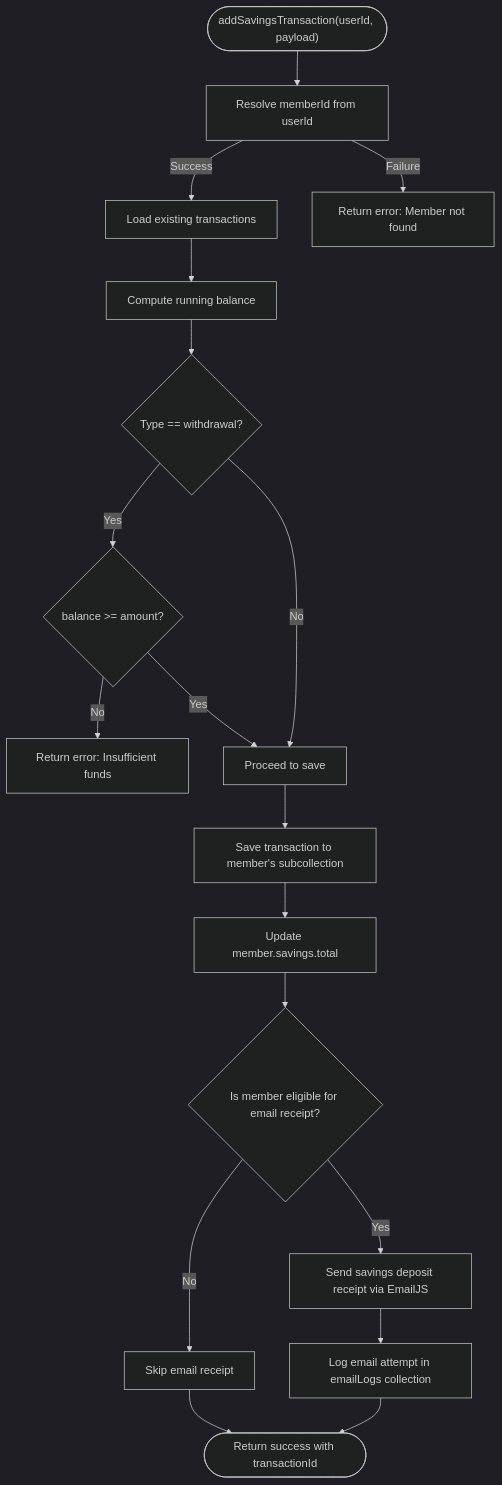
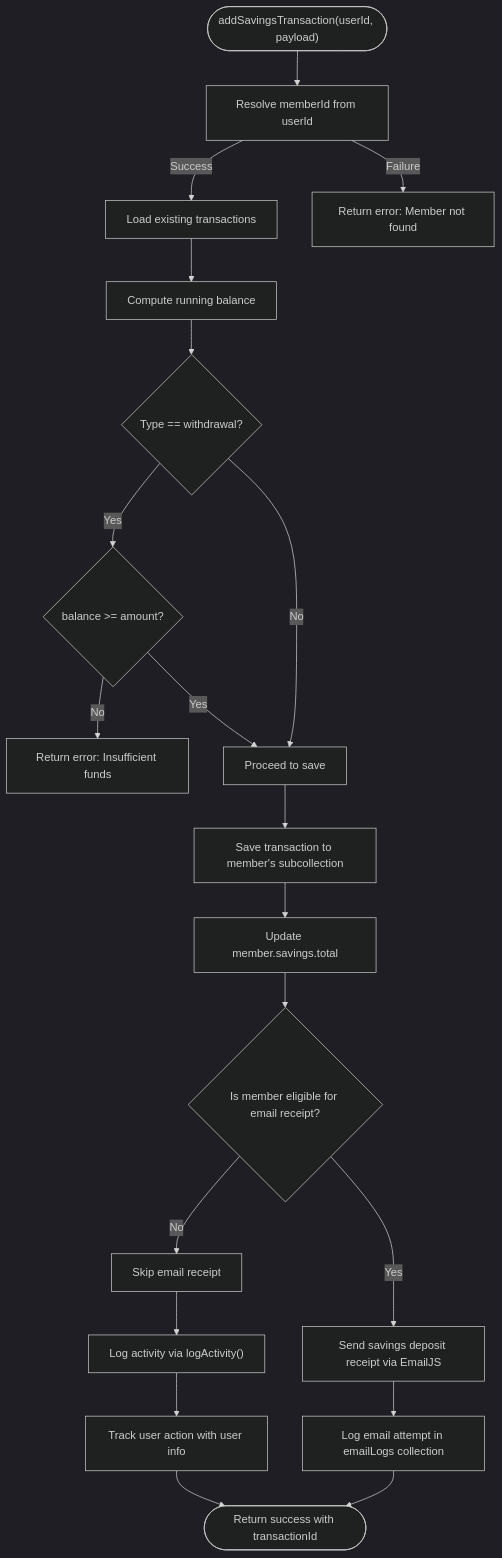
Before and after one commit to Unsure-bry/sampacoop_system: the fourth of 20 diagrams in .qoder/repowiki/en/content/Savings Management System/Savings Management System.md, drawn with Mermaid (dark theme). The commit also changed other lines of this file and 24 other files, not shown here.

````diff
--- a/.qoder/repowiki/en/content/Savings Management System/Savings Management System.md
+++ b/.qoder/repowiki/en/content/Savings Management System/Savings Management System.md
@@ -232,20 +252,22 @@
 ```mermaid
 flowchart TD
 Start(["addSavingsTransaction(userId, payload)"]) --> Resolve["Resolve memberId from userId"]
 Resolve --> |Success| LoadTx["Load existing transactions"]
 Resolve --> |Failure| Error1["Return error: Member not found"]
 LoadTx --> Calc["Compute running balance"]
 Calc --> Validate{"Type == withdrawal?"}
 Validate --> |Yes| Enough{"balance >= amount?"}
 Enough --> |No| Error2["Return error: Insufficient funds"]
 Enough --> |Yes| Proceed["Proceed to save"]
 Validate --> |No| Proceed
 Proceed --> Save["Save transaction to member's subcollection"]
 Save --> UpdateMember["Update member.savings.total"]
 UpdateMember --> CheckRole{"Is member eligible for email receipt?"}
 CheckRole --> |Yes| SendEmail["Send savings deposit receipt via EmailJS"]
 CheckRole --> |No| SkipEmail["Skip email receipt"]
 SendEmail --> LogEmail["Log email attempt in emailLogs collection"]
-SkipEmail --> Done(["Return success with transactionId"])
+SkipEmail --> LogActivity["Log activity via logActivity()"]
+LogActivity --> LogUser["Track user action with user info"]
+LogUser --> Done(["Return success with transactionId"])
 LogEmail --> Done
 ```
````
